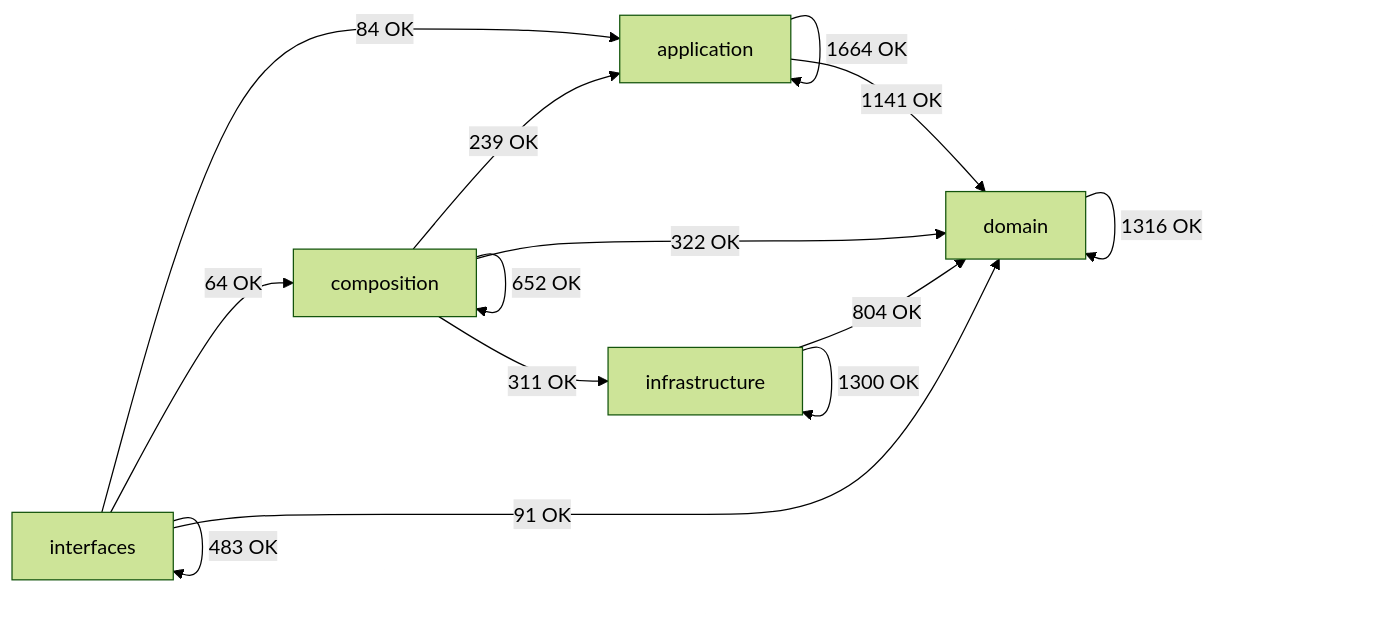
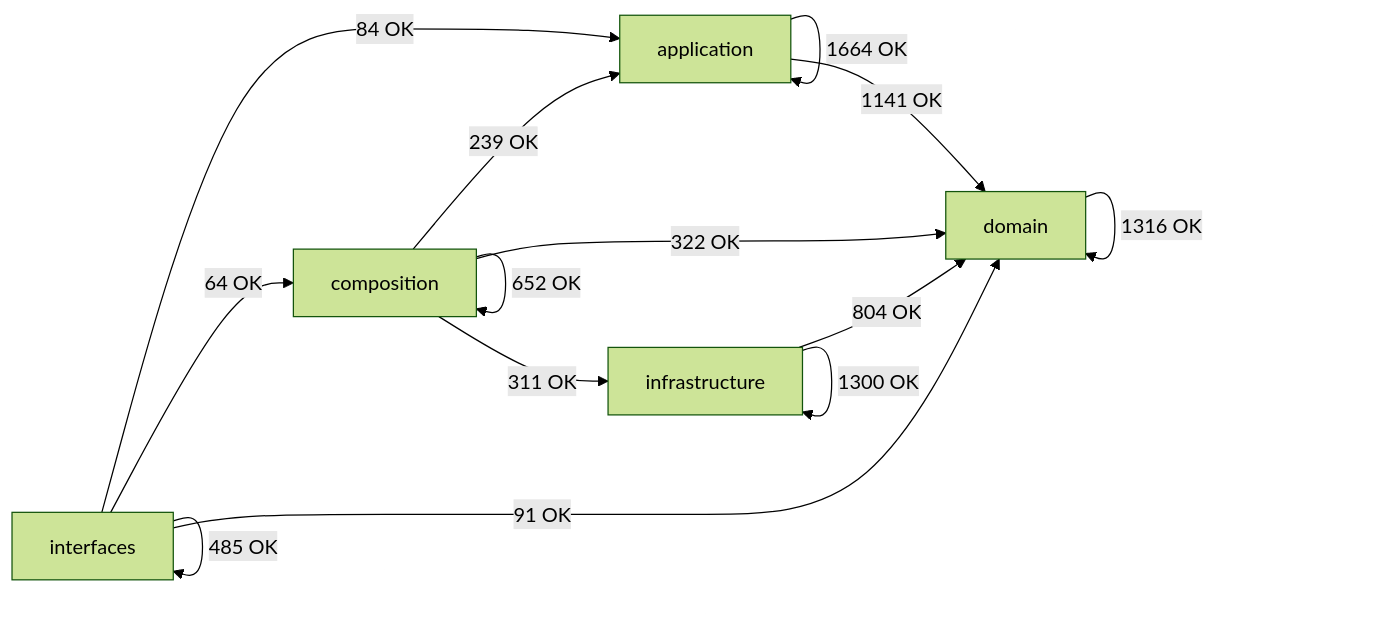
The diagram in docs/02-architecture/generated/module-dependency-map.md (SatoryKono/BioactivityDataAcquisition), drawn with Mermaid (forest theme) before and after one commit. The commit also changed other lines of this file and 9 other files, not shown here.

````diff
--- a/docs/02-architecture/generated/module-dependency-map.md
+++ b/docs/02-architecture/generated/module-dependency-map.md
@@ -17,21 +17,21 @@
 ```mermaid
 flowchart LR
     domain[domain]
     application[application]
     infrastructure[infrastructure]
     composition[composition]
     interfaces[interfaces]
     application -->|1664 OK| application
     application -->|1141 OK| domain
     composition -->|239 OK| application
     composition -->|652 OK| composition
     composition -->|322 OK| domain
     composition -->|311 OK| infrastructure
     domain -->|1316 OK| domain
     infrastructure -->|804 OK| domain
     infrastructure -->|1300 OK| infrastructure
     interfaces -->|84 OK| application
     interfaces -->|64 OK| composition
     interfaces -->|91 OK| domain
-    interfaces -->|483 OK| interfaces
+    interfaces -->|485 OK| interfaces
 ```
````
